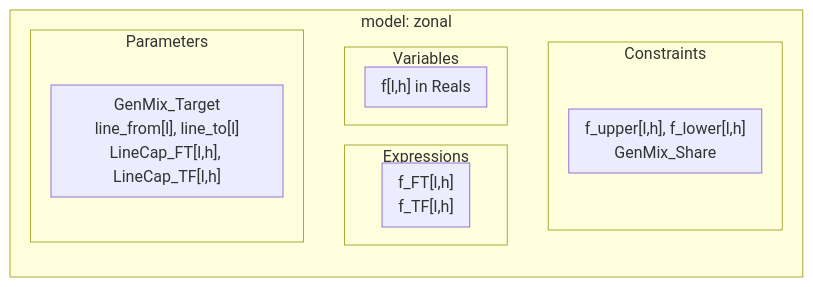
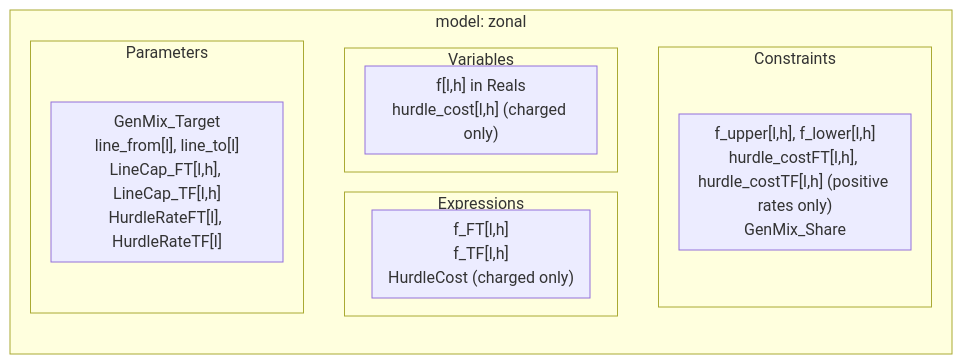
Before and after one commit to NatLabRockies/SDOM: diagram 15 of 15 in docs/source/user_guide/pyomo_model_structure.md, drawn with Mermaid. The commit also changed other lines of this file and 32 other files, not shown here.

First line of the commit message:
feat(network): add directional hurdle rates for zonal transfers (#111)

````diff
--- a/docs/source/user_guide/pyomo_model_structure.md
+++ b/docs/source/user_guide/pyomo_model_structure.md
@@ -601,21 +603,21 @@
 ```mermaid
 flowchart LR
     %%{init: {"flowchart": {"nodeSpacing": 16, "rankSpacing": 16, "padding": 8}}}%%
     subgraph M["model: zonal"]
         direction LR
         subgraph P["Parameters"]
-            PF["GenMix_Target<br/>line_from[l], line_to[l]<br/>LineCap_FT[l,h], LineCap_TF[l,h]"]
+            PF["GenMix_Target<br/>line_from[l], line_to[l]<br/>LineCap_FT[l,h], LineCap_TF[l,h]<br/>HurdleRateFT[l], HurdleRateTF[l]"]
         end
         subgraph V["Variables"]
-            VF["f[l,h] in Reals"]
+            VF["f[l,h] in Reals<br/>hurdle_cost[l,h] (charged only)"]
         end
         subgraph E["Expressions"]
-            EF["f_FT[l,h]<br/>f_TF[l,h]"]
+            EF["f_FT[l,h]<br/>f_TF[l,h]<br/>HurdleCost (charged only)"]
         end
         subgraph C["Constraints"]
-            CF["f_upper[l,h], f_lower[l,h]<br/>GenMix_Share"]
+            CF["f_upper[l,h], f_lower[l,h]<br/>hurdle_costFT[l,h], hurdle_costTF[l,h] (positive rates only)<br/>GenMix_Share"]
         end
         PF ~~~ VF ~~~ CF
         PF ~~~ EF ~~~ CF
     end
 ```
````
